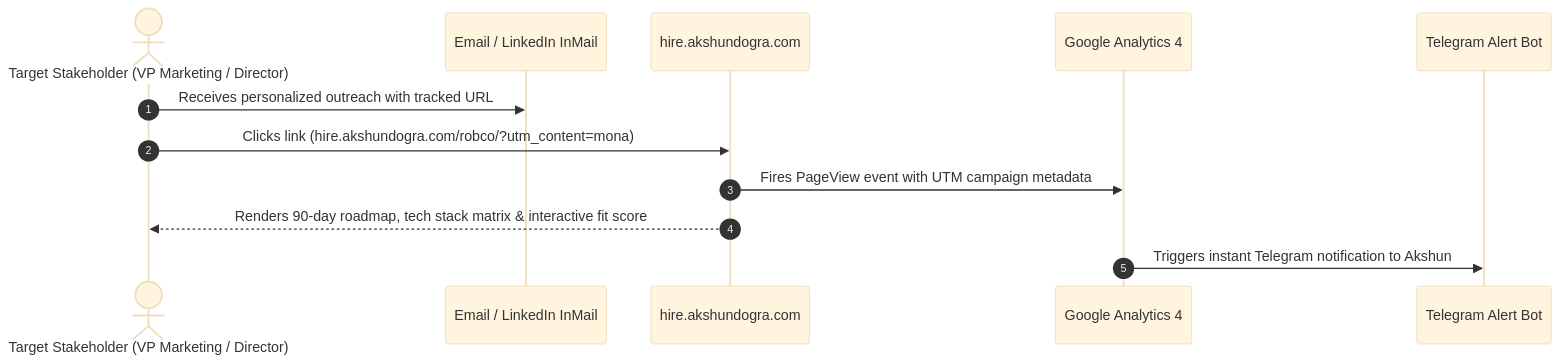
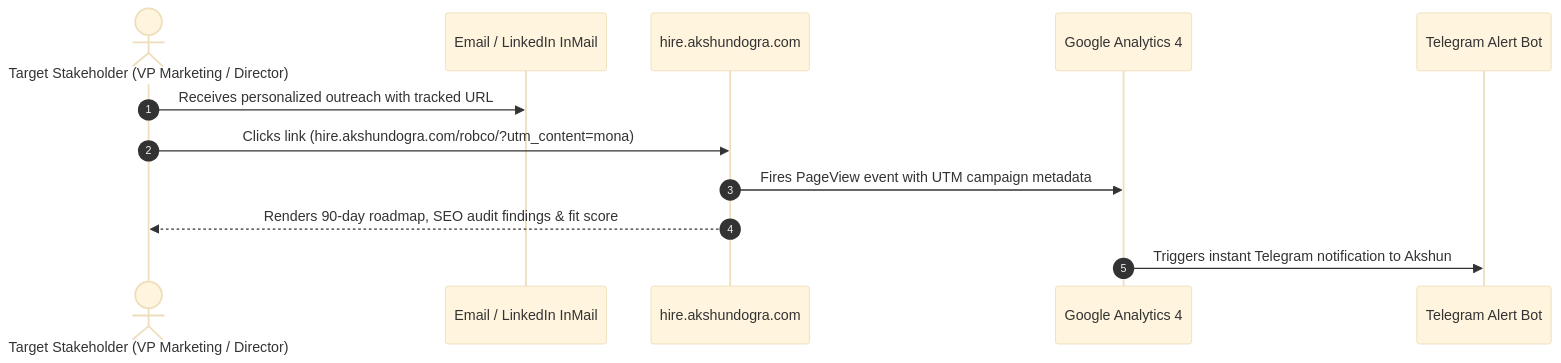
Before and after one commit to akshundogra/hire: the fourth of 4 diagrams in README.md, drawn with Mermaid (base theme). The commit also changed other lines of this file, not shown here.

Commit message:
docs: explicitly document Phase 2 Native Technical SEO & MarTech Stack Auditor in README

````diff
--- a/README.md
+++ b/README.md
@@ -91,15 +93,15 @@
 ```mermaid
 sequenceDiagram
     autonumber
     actor Leader as Target Stakeholder (VP Marketing / Director)
     participant Channel as Email / LinkedIn InMail
     participant Host as hire.akshundogra.com
     participant GA4 as Google Analytics 4
     participant Telegram as Telegram Alert Bot
 
     Leader->>Channel: Receives personalized outreach with tracked URL
     Leader->>Host: Clicks link (hire.akshundogra.com/robco/?utm_content=mona)
     Host->>GA4: Fires PageView event with UTM campaign metadata
-    Host-->>Leader: Renders 90-day roadmap, tech stack matrix & interactive fit score
+    Host-->>Leader: Renders 90-day roadmap, SEO audit findings & fit score
     GA4->>Telegram: Triggers instant Telegram notification to Akshun
 ```
````
